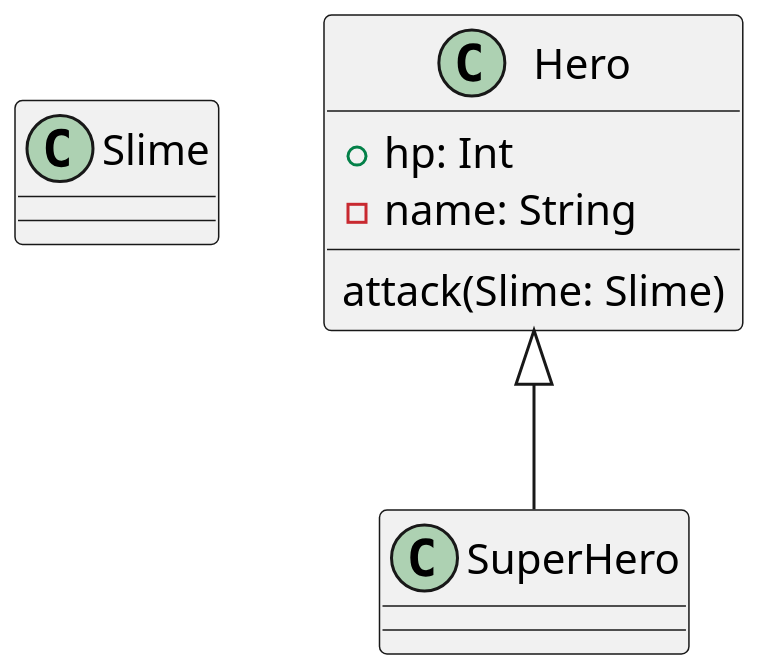
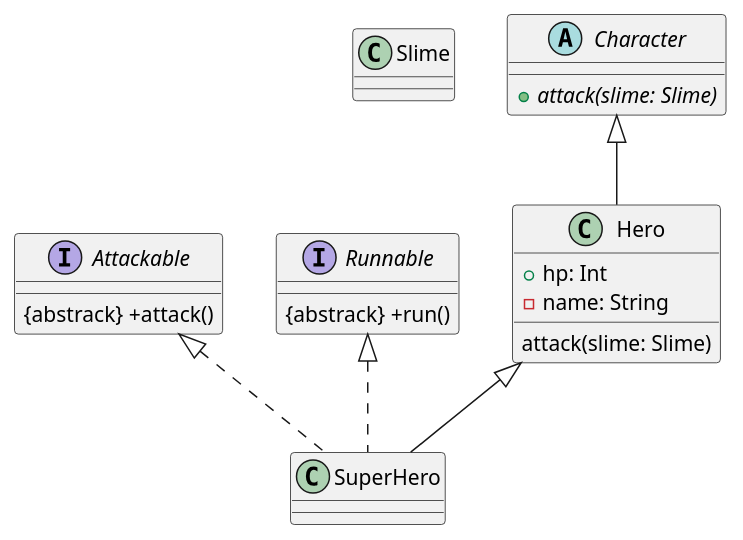
Before and after one commit to rami2ee3/winter_kotlin_study: the diagram in src/main/kotlin/day06/Game.puml, drawn with PlantUML. The commit also changed 18 other files, not shown here.

```diff
--- a/src/main/kotlin/day06/Game.puml
+++ b/src/main/kotlin/day06/Game.puml
@@ -1,14 +1,26 @@
 @startuml
 'https://plantuml.com/class-diagram
-scale 2
+'scale 2
 class Slime
-class Hero {
+class Hero extends Character {
     + hp: Int
     - name: String
 
-    attack(Slime: Slime)
+    attack(slime: Slime)
 }
 
-class SuperHero extends Hero
+class SuperHero extends Hero implements Attackable, Runnable
+
+abstract class Character {
+    {abstract} +attack(slime: Slime)
+}
+
+interface Attackable {
+    {abstrack} +attack()
+}
+
+interface Runnable {
+    {abstrack} +run()
+}
 
 @enduml
```
